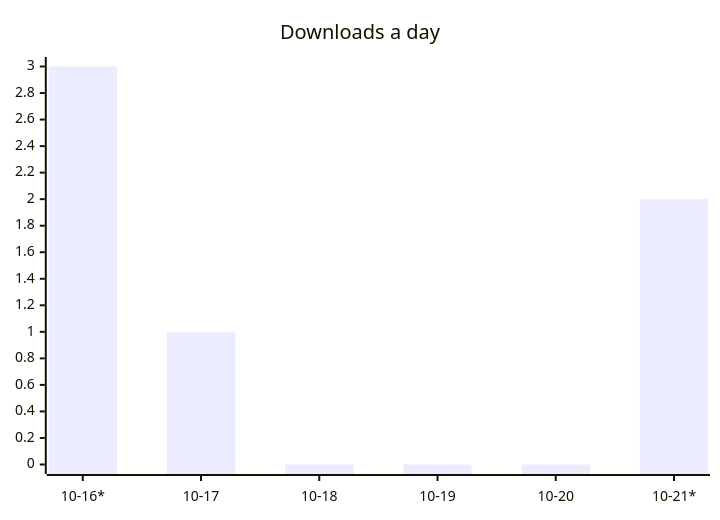
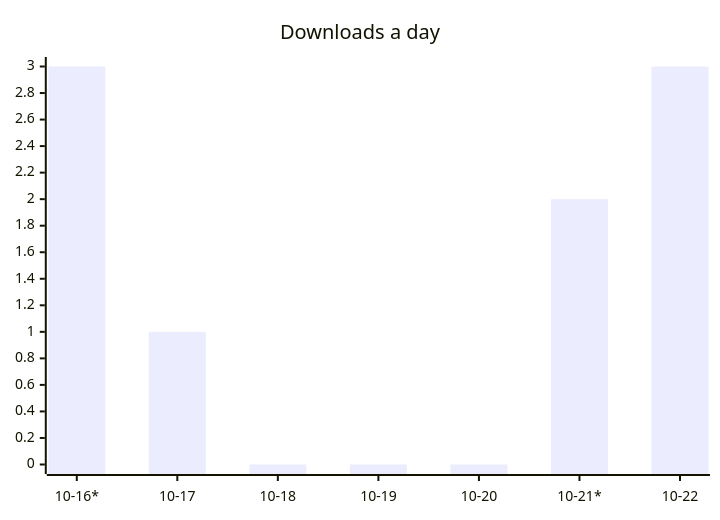
The first of 3 diagrams in README.md (ArtemkaGoldMan/ContextSwitcher), drawn with Mermaid before and after one commit. The commit also changed other lines of this file and 6 other files, not shown here.

````diff
--- a/README.md
+++ b/README.md
@@ -30,6 +30,6 @@
 ```mermaid
 xychart-beta
     title "Downloads a day"
-    x-axis ["10-16*", "10-17", "10-18", "10-19", "10-20", "10-21*"]
-    bar [3, 1, 0, 0, 0, 2]
+    x-axis ["10-16*", "10-17", "10-18", "10-19", "10-20", "10-21*", "10-22"]
+    bar [3, 1, 0, 0, 0, 2, 3]
 ```
````
